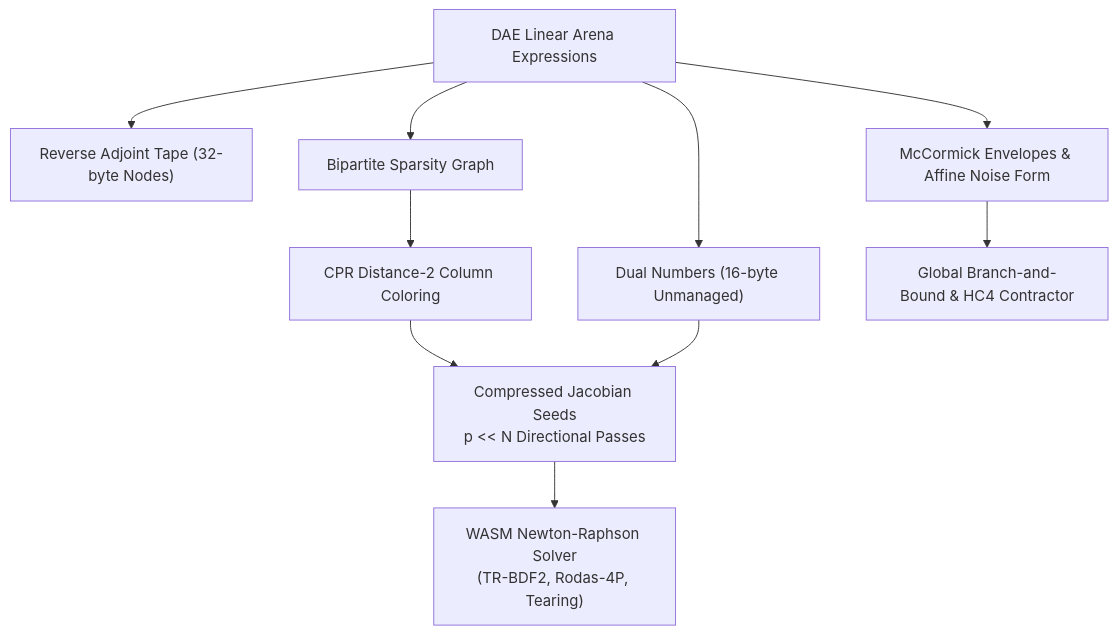
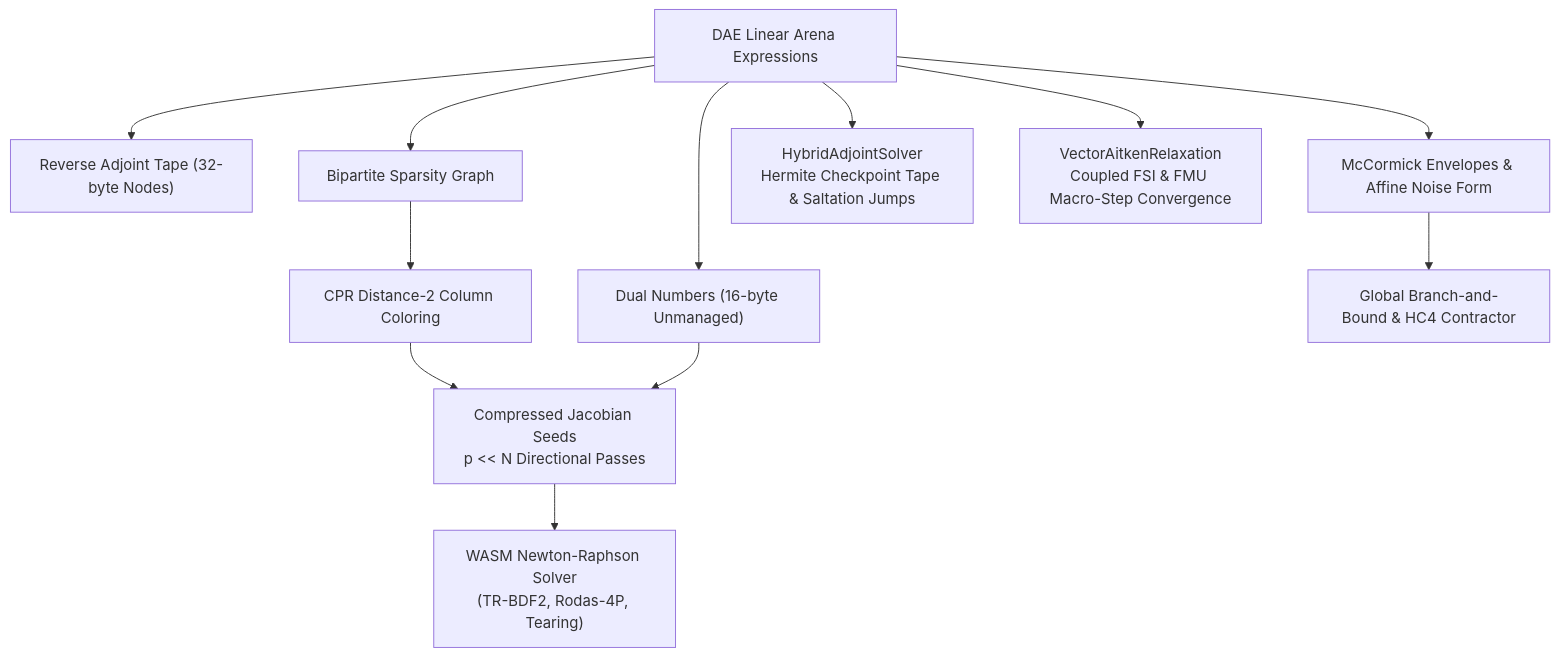
The diagram in apps/docs/docs/algorithms/autodiff.md (modelscript/modelscript), drawn with Mermaid before and after one commit. The commit also changed other lines of this file and 208 other files, not shown here.

Commit message:
feat: add wasm cad/fea kernels, expand diagram routers/emt solvers, add docs

````diff
--- a/apps/docs/docs/algorithms/autodiff.md
+++ b/apps/docs/docs/algorithms/autodiff.md
@@ -80,12 +105,14 @@
 ```mermaid
 flowchart TD
     DAE["DAE Linear Arena Expressions"] --> FORWARD["Dual Numbers (16-byte Unmanaged)"]
     DAE --> TAPE["Reverse Adjoint Tape (32-byte Nodes)"]
     DAE --> SPARSITY["Bipartite Sparsity Graph"]
     SPARSITY --> COLORING["CPR Distance-2 Column Coloring"]
     COLORING --> COMPRESSED_JAC["Compressed Jacobian Seeds<br/>p << N Directional Passes"]
     FORWARD --> COMPRESSED_JAC
     COMPRESSED_JAC --> NEWTON["WASM Newton-Raphson Solver<br/>(TR-BDF2, Rodas-4P, Tearing)"]
     DAE --> RELAX["McCormick Envelopes & Affine Noise Form"]
     RELAX --> GLOBAL["Global Branch-and-Bound & HC4 Contractor"]
+    DAE --> HYBRID_ADJ["HybridAdjointSolver<br/>Hermite Checkpoint Tape & Saltation Jumps"]
+    DAE --> AITKEN["VectorAitkenRelaxation<br/>Coupled FSI & FMU Macro-Step Convergence"]
 ```
````
